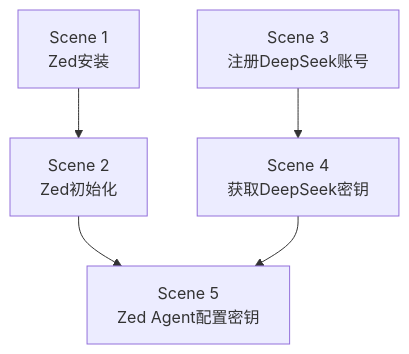
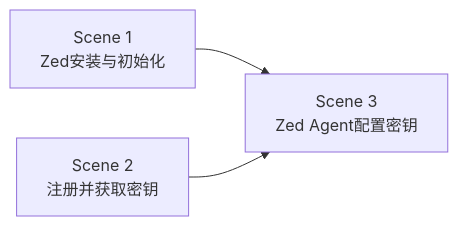
One commit to quanttide/quanttide-profile-of-course-development changed the diagram in vibe-coding/lesson1/index.md. Above: the diagram before and after it, drawn with Mermaid. The commit also changed other lines of this file and 1 other file, not shown here.

Commit message:
refactor(vibe-coding): 合并场景，1+2→Zed安装初始化，3+4→注册并获取密钥

````diff
--- a/vibe-coding/lesson1/index.md
+++ b/vibe-coding/lesson1/index.md
@@ -17,9 +15,5 @@
 ```mermaid
-flowchart TD
-    s1[Scene 1<br>Zed安装]
-    s1 --> s2[Scene 2<br>Zed初始化]
-    s3[Scene 3<br>注册DeepSeek账号]
-    s3 --> s4[Scene 4<br>获取DeepSeek密钥]
-    s2 --> s5[Scene 5<br>Zed Agent配置密钥]
-    s4 --> s5
+flowchart LR
+    s1[Scene 1<br>Zed安装与初始化] --> s3[Scene 3<br>Zed Agent配置密钥]
+    s2[Scene 2<br>注册并获取密钥] --> s3
 ```
````
